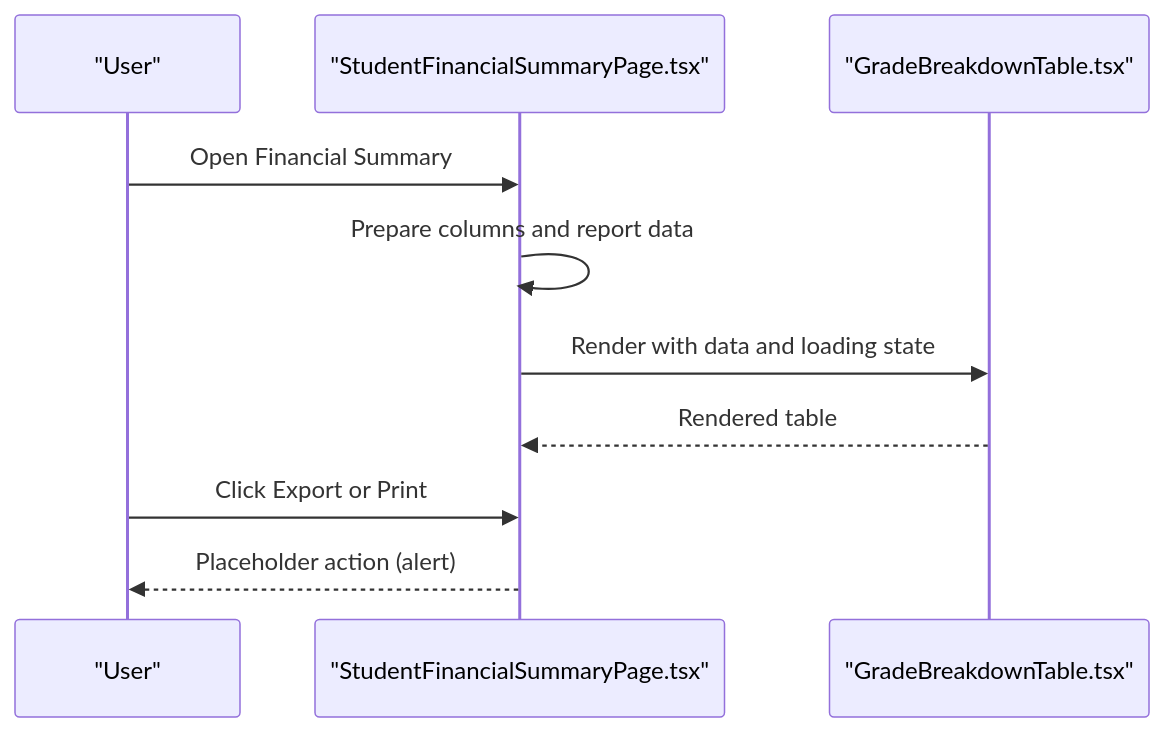
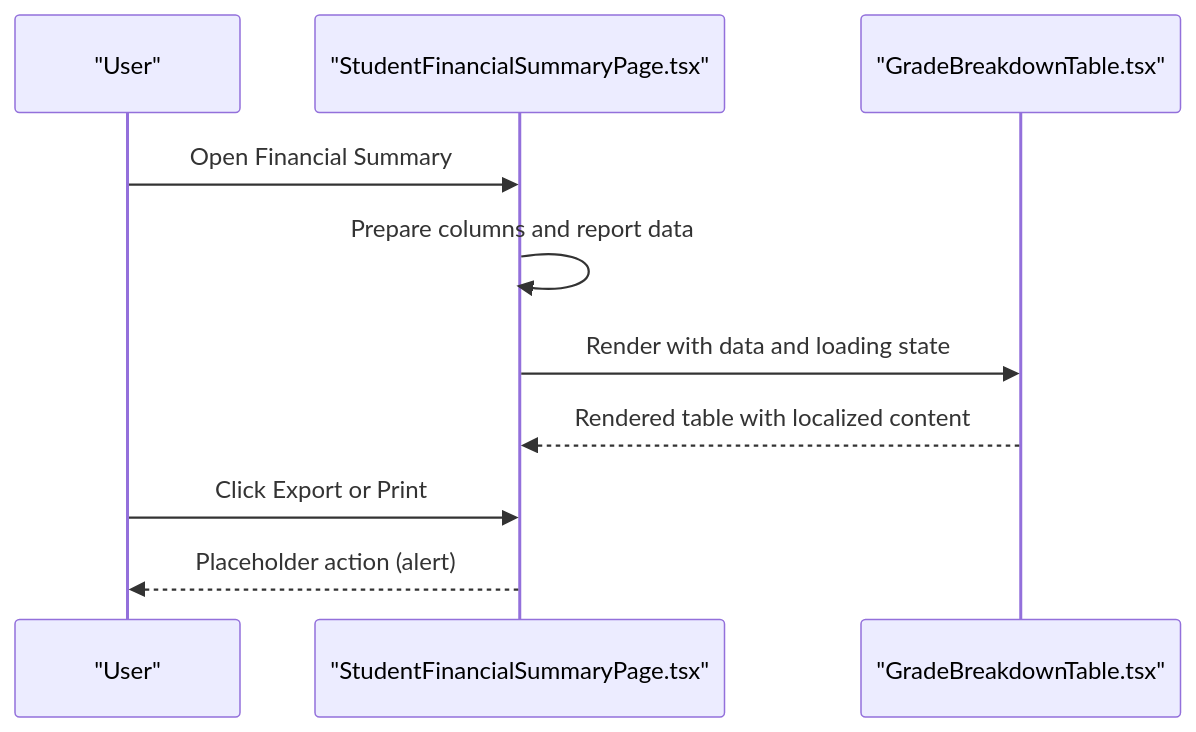
One commit to geniusdynamics/schoolpilot changed the ninth of 10 diagrams in .qoder/repowiki/en/content/Modules System/Reports Module.md. Above: the diagram before and after it, drawn with Mermaid. The commit also changed other lines of this file and 16 other files, not shown here.

````diff
--- a/.qoder/repowiki/en/content/Modules System/Reports Module.md
+++ b/.qoder/repowiki/en/content/Modules System/Reports Module.md
@@ -300,12 +360,12 @@
 ```mermaid
 sequenceDiagram
 participant User as "User"
 participant Page as "StudentFinancialSummaryPage.tsx"
 participant Table as "GradeBreakdownTable.tsx"
 User->>Page : Open Financial Summary
 Page->>Page : Prepare columns and report data
 Page->>Table : Render with data and loading state
-Table-->>Page : Rendered table
+Table-->>Page : Rendered table with localized content
 User->>Page : Click Export or Print
 Page-->>User : Placeholder action (alert)
 ```
````
